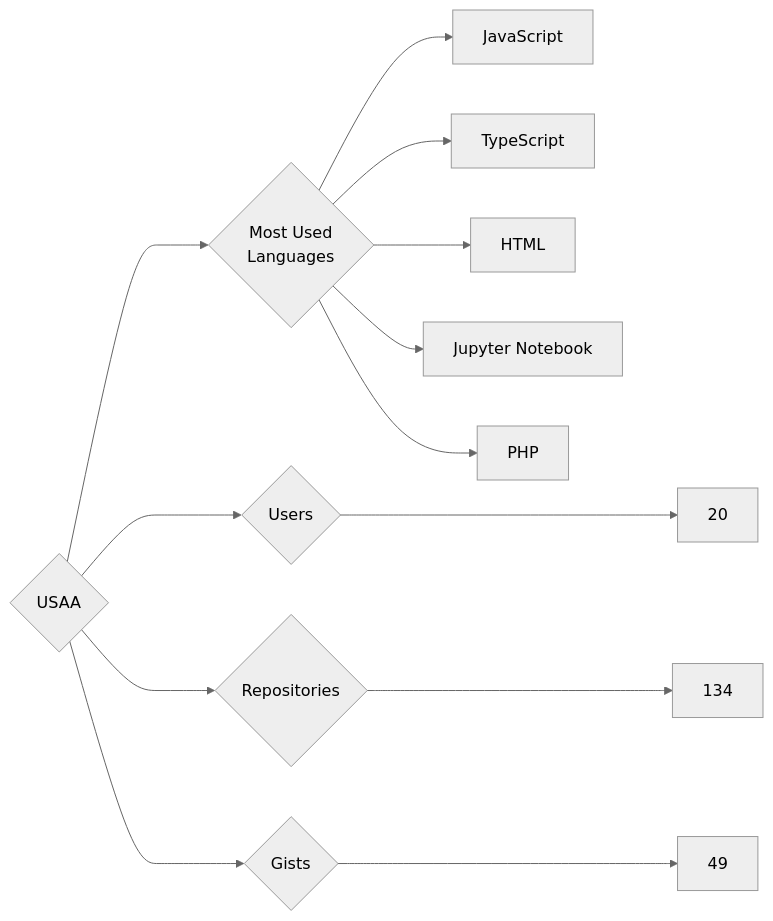
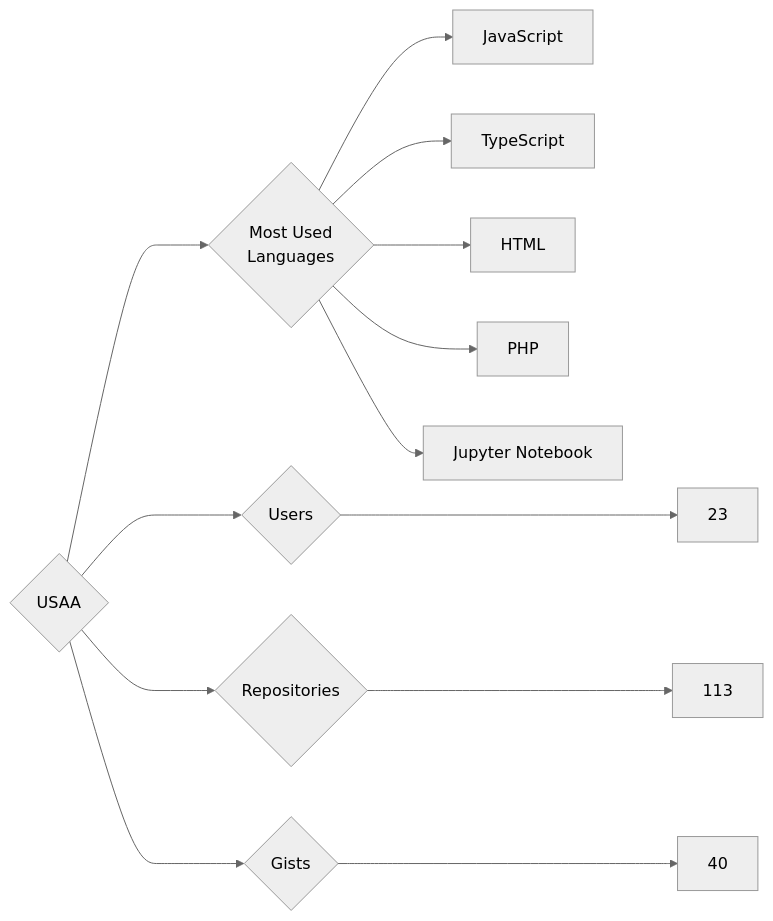
One commit to trickest/insiders changed the diagram in targets/USAA/README.md. Above: the diagram before and after it, drawn with Mermaid (neutral theme). The commit also changed 912 other files, not shown here.

````diff
--- a/targets/USAA/README.md
+++ b/targets/USAA/README.md
@@ -3,13 +3,13 @@
 ```mermaid
 graph LR
 COMPANY_NAME{USAA}
-COMPANY_NAME ---> U{Users} ---> UN[20]
-COMPANY_NAME ---> R{Repositories} ---> RN[134]
-COMPANY_NAME ---> G{Gists} ---> GN[49]
+COMPANY_NAME ---> U{Users} ---> UN[23]
+COMPANY_NAME ---> R{Repositories} ---> RN[113]
+COMPANY_NAME ---> G{Gists} ---> GN[40]
 COMPANY_NAME ---> ML{Most Used<br>Languages}
 ML --> JavaScript[JavaScript]
 ML --> TypeScript[TypeScript]
 ML --> HTML[HTML]
+ML --> PHP[PHP]
 ML --> Jupyter_Notebook[Jupyter Notebook]
-ML --> PHP[PHP]
 ```
````
